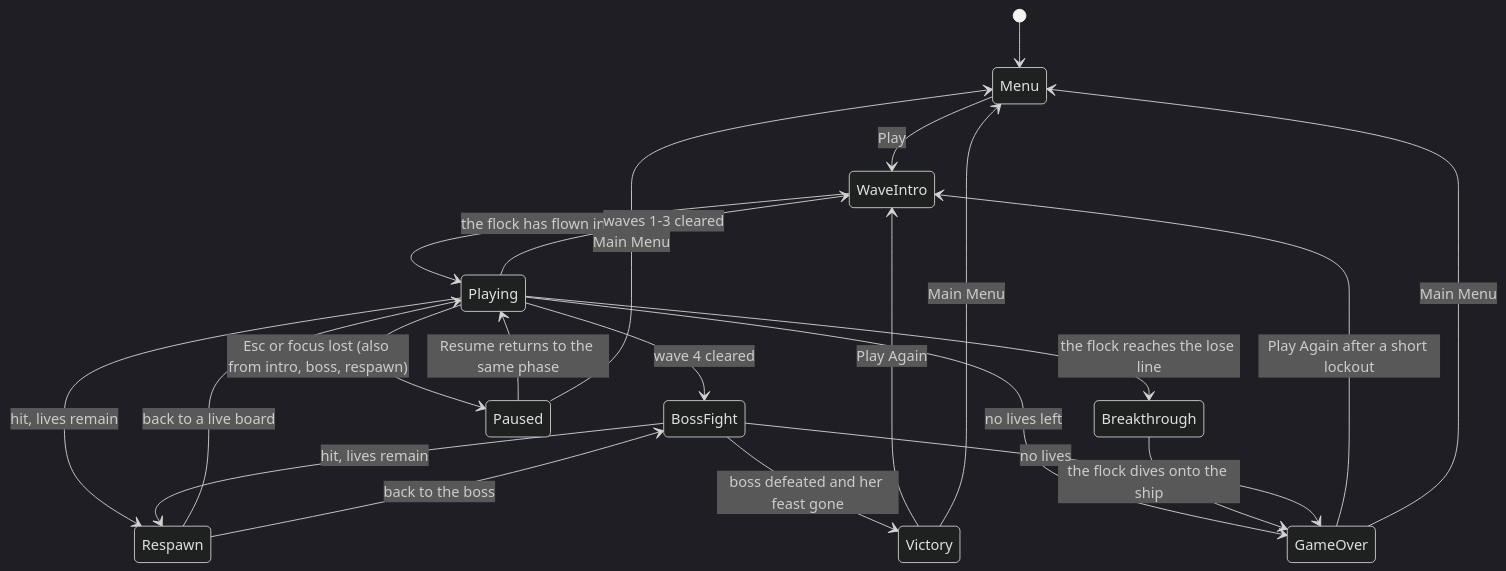
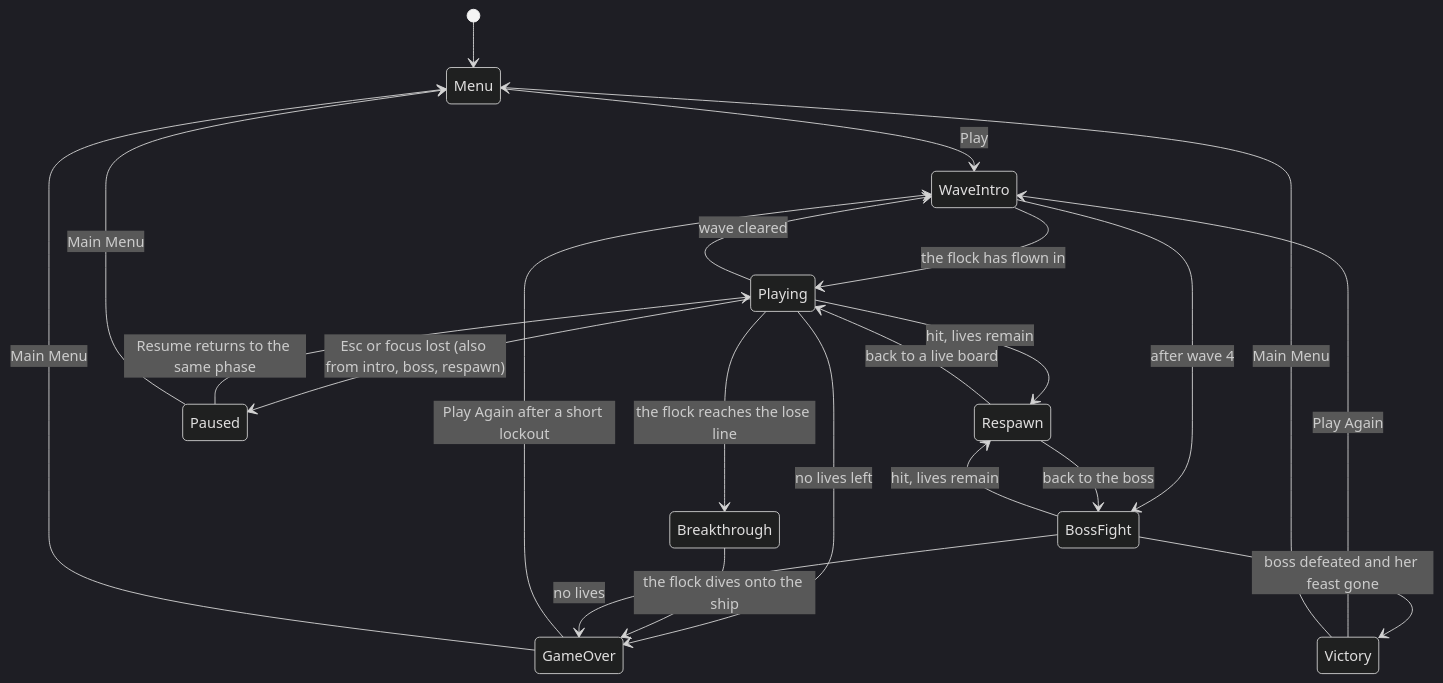
One commit to elash131/Chicken-Invaders changed the first of 2 diagrams in Docs/GDD.md. Above: the diagram before and after it, drawn with Mermaid (dark theme). The commit also changed other lines of this file, not shown here.

````diff
--- a/Docs/GDD.md
+++ b/Docs/GDD.md
@@ -58,24 +58,24 @@
 ```mermaid
 stateDiagram-v2
     [*] --> Menu
     Menu --> WaveIntro: Play
     WaveIntro --> Playing: the flock has flown in
-    Playing --> WaveIntro: waves 1-3 cleared
-    Playing --> BossFight: wave 4 cleared
+    Playing --> WaveIntro: wave cleared
+    WaveIntro --> BossFight: after wave 4
     Playing --> Respawn: hit, lives remain
     BossFight --> Respawn: hit, lives remain
     Respawn --> Playing: back to a live board
     Respawn --> BossFight: back to the boss
     BossFight --> Victory: boss defeated and her feast gone
     Playing --> GameOver: no lives left
     Playing --> Breakthrough: the flock reaches the lose line
     Breakthrough --> GameOver: the flock dives onto the ship
     BossFight --> GameOver: no lives
     Playing --> Paused: Esc or focus lost (also from intro, boss, respawn)
     Paused --> Playing: Resume returns to the same phase
     Paused --> Menu: Main Menu
     GameOver --> WaveIntro: Play Again after a short lockout
     Victory --> WaveIntro: Play Again
     GameOver --> Menu: Main Menu
     Victory --> Menu: Main Menu
 ```
````
